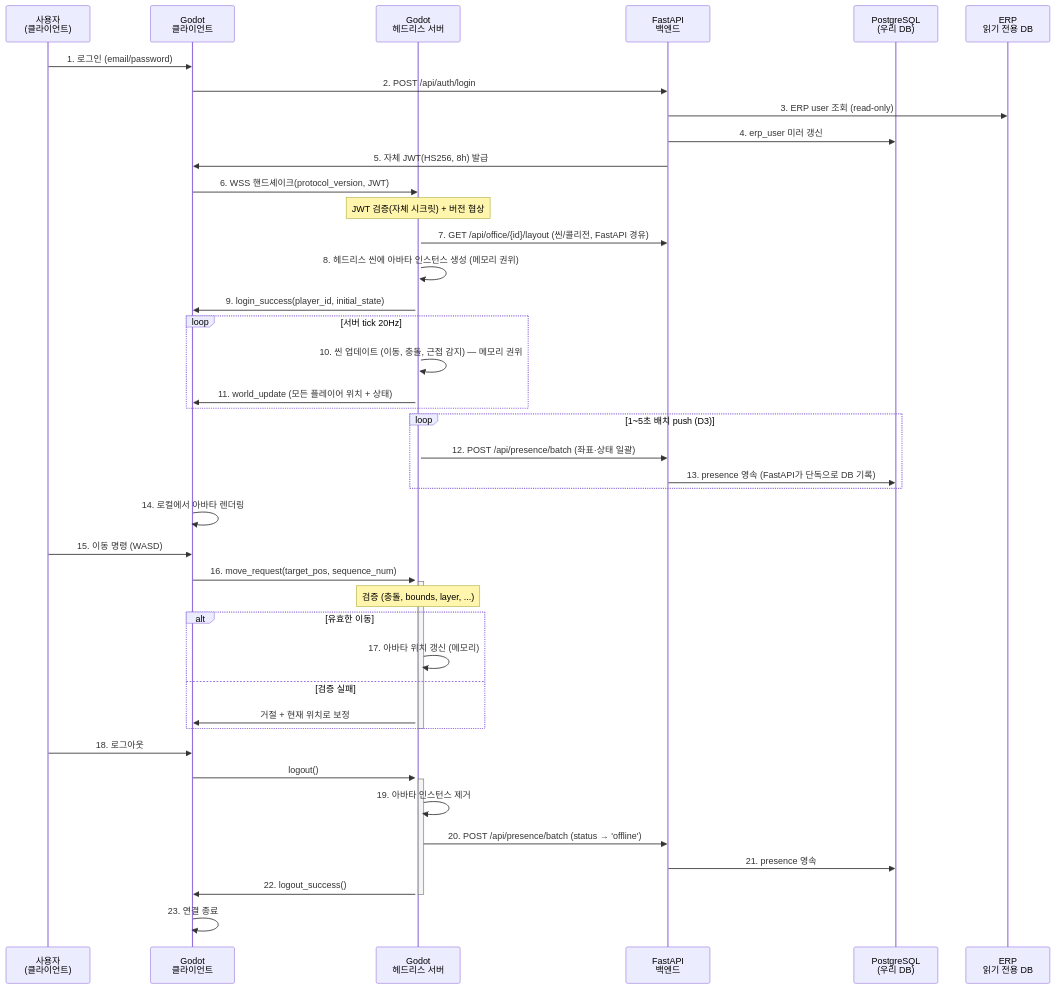
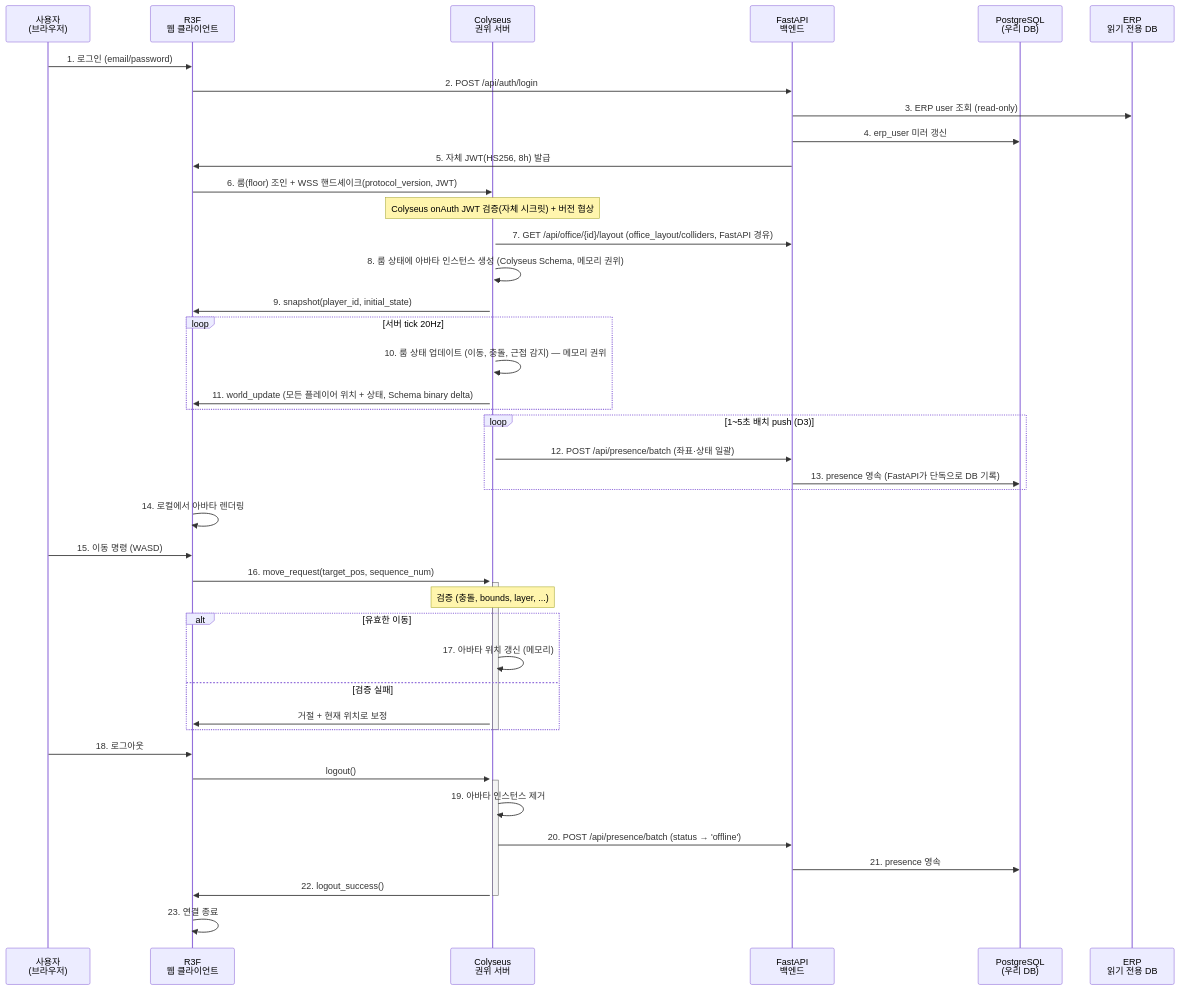
The fourth of 4 diagrams in docs/planning/09-realtime-collaboration.md (choiwjun/virtualoffice_new), drawn with Mermaid before and after one commit. The commit also changed other lines of this file and 739 other files, not shown here.

````diff
--- a/docs/planning/09-realtime-collaboration.md
+++ b/docs/planning/09-realtime-collaboration.md
@@ -442,56 +449,56 @@
 ```mermaid
 sequenceDiagram
-    participant User as 사용자<br/>(클라이언트)
-    participant Client as Godot<br/>클라이언트
-    participant Server as Godot<br/>헤드리스 서버
+    participant User as 사용자<br/>(브라우저)
+    participant Client as R3F<br/>웹 클라이언트
+    participant Server as Colyseus<br/>권위 서버
     participant API as FastAPI<br/>백엔드
     participant DB as PostgreSQL<br/>(우리 DB)
     participant ERP as ERP<br/>읽기 전용 DB
 
     User->>Client: 1. 로그인 (email/password)
     Client->>API: 2. POST /api/auth/login
     API->>ERP: 3. ERP user 조회 (read-only)
     API->>DB: 4. erp_user 미러 갱신
     API->>Client: 5. 자체 JWT(HS256, 8h) 발급
 
-    Client->>Server: 6. WSS 핸드셰이크(protocol_version, JWT)
+    Client->>Server: 6. 룸(floor) 조인 + WSS 핸드셰이크(protocol_version, JWT)
     activate Server
-    Note over Server: JWT 검증(자체 시크릿) + 버전 협상
-    Server->>API: 7. GET /api/office/{id}/layout (씬/콜리전, FastAPI 경유)
-    Server->>Server: 8. 헤드리스 씬에 아바타 인스턴스 생성 (메모리 권위)
-    Server->>Client: 9. login_success(player_id, initial_state)
+    Note over Server: Colyseus onAuth JWT 검증(자체 시크릿) + 버전 협상
+    Server->>API: 7. GET /api/office/{id}/layout (office_layout/colliders, FastAPI 경유)
+    Server->>Server: 8. 룸 상태에 아바타 인스턴스 생성 (Colyseus Schema, 메모리 권위)
+    Server->>Client: 9. snapshot(player_id, initial_state)
 
     loop 서버 tick 20Hz
-        Server->>Server: 10. 씬 업데이트 (이동, 충돌, 근접 감지) — 메모리 권위
-        Server->>Client: 11. world_update (모든 플레이어 위치 + 상태)
+        Server->>Server: 10. 룸 상태 업데이트 (이동, 충돌, 근접 감지) — 메모리 권위
+        Server->>Client: 11. world_update (모든 플레이어 위치 + 상태, Schema binary delta)
     end
 
     loop 1~5초 배치 push (D3)
         Server->>API: 12. POST /api/presence/batch (좌표·상태 일괄)
         API->>DB: 13. presence 영속 (FastAPI가 단독으로 DB 기록)
     end
 
     Client->>Client: 14. 로컬에서 아바타 렌더링
 
     User->>Client: 15. 이동 명령 (WASD)
     Client->>Server: 16. move_request(target_pos, sequence_num)
     activate Server
     Note over Server: 검증 (충돌, bounds, layer, ...)
     alt 유효한 이동
         Server->>Server: 17. 아바타 위치 갱신 (메모리)
     else 검증 실패
         Server->>Client: 거절 + 현재 위치로 보정
     end
     deactivate Server
 
     User->>Client: 18. 로그아웃
     Client->>Server: logout()
     activate Server
     Server->>Server: 19. 아바타 인스턴스 제거
     Server->>API: 20. POST /api/presence/batch (status → 'offline')
     API->>DB: 21. presence 영속
     Server->>Client: 22. logout_success()
     deactivate Server
 
     Client->>Client: 23. 연결 종료
 ```
````
